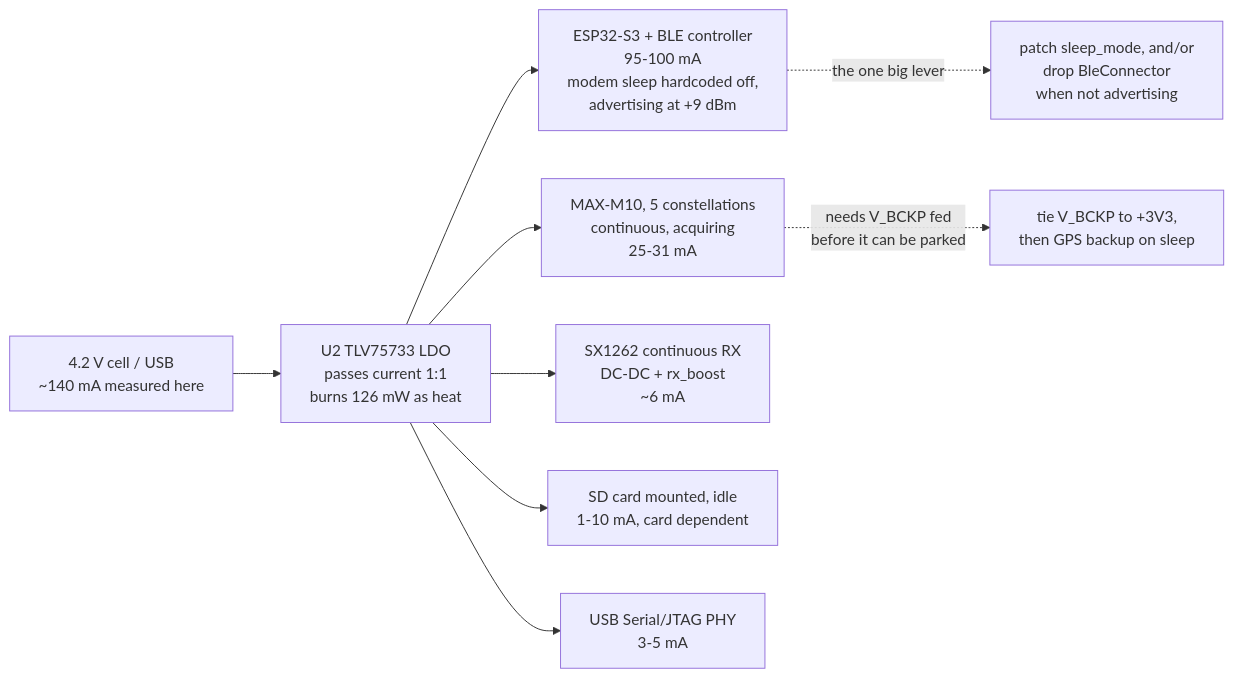
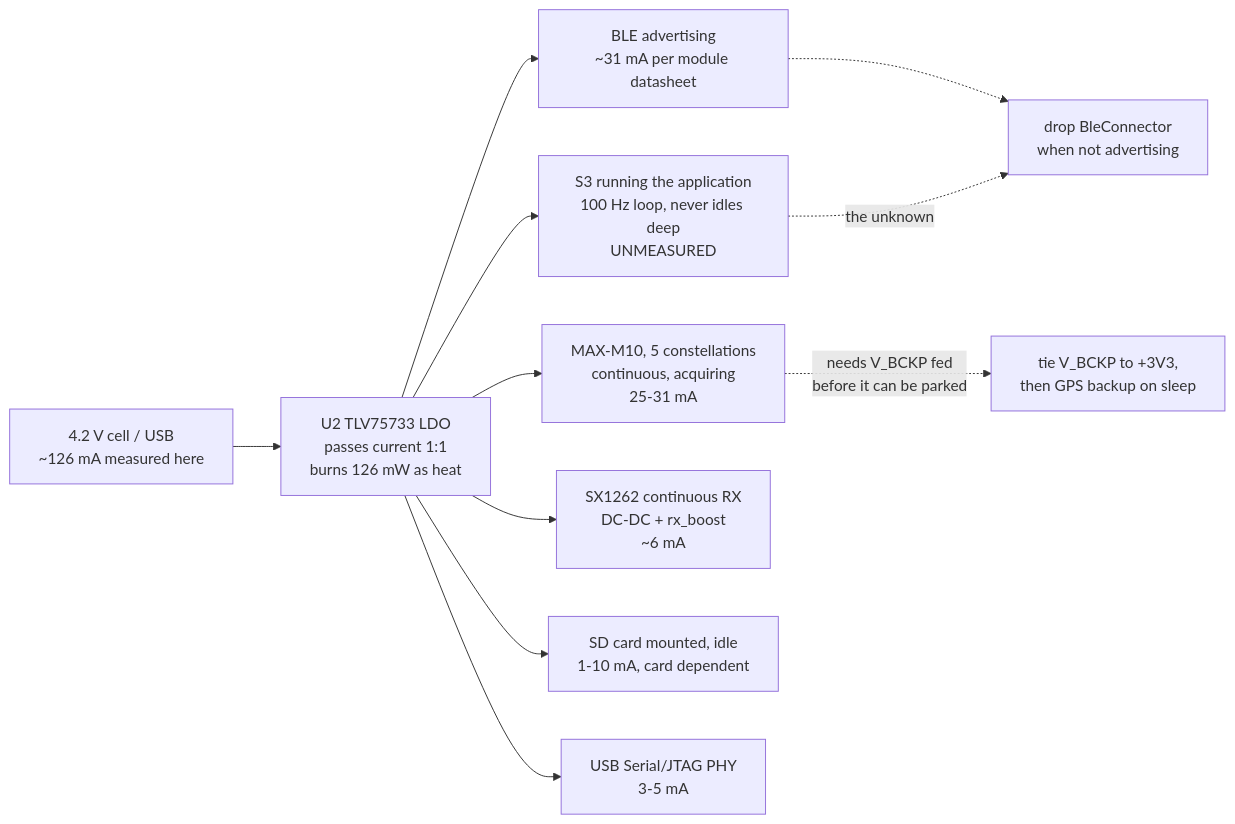
The diagram in POWER-S3.md (Telemety-In-Midair/telemetry-in-midair-rs), drawn with Mermaid before and after one commit. The commit also changed other lines of this file, not shown here.

````diff
--- a/POWER-S3.md
+++ b/POWER-S3.md
@@ -109,15 +120,17 @@
 ```mermaid
 flowchart LR
-    CELL["4.2 V cell / USB<br/>~140 mA measured here"]
+    CELL["4.2 V cell / USB<br/>~126 mA measured here"]
     LDO["U2 TLV75733 LDO<br/>passes current 1:1<br/>burns 126 mW as heat"]
     CELL --> LDO
 
-    LDO --> BLE["ESP32-S3 + BLE controller<br/>95-100 mA<br/>modem sleep hardcoded off,<br/>advertising at +9 dBm"]
+    LDO --> BLE["BLE advertising<br/>~31 mA per module datasheet"]
+    LDO --> CPU["S3 running the application<br/>100 Hz loop, never idles deep<br/>UNMEASURED"]
     LDO --> GPS["MAX-M10, 5 constellations<br/>continuous, acquiring<br/>25-31 mA"]
     LDO --> LORA["SX1262 continuous RX<br/>DC-DC + rx_boost<br/>~6 mA"]
     LDO --> SD["SD card mounted, idle<br/>1-10 mA, card dependent"]
     LDO --> USB["USB Serial/JTAG PHY<br/>3-5 mA"]
 
-    BLE -.->|"the one big lever"| FIX1["patch sleep_mode, and/or<br/>drop BleConnector<br/>when not advertising"]
+    BLE -.-> FIX1["drop BleConnector<br/>when not advertising"]
+    CPU -.->|"the unknown"| FIX1
     GPS -.->|"needs V_BCKP fed<br/>before it can be parked"| FIX2["tie V_BCKP to +3V3,<br/>then GPS backup on sleep"]
 ```
````
